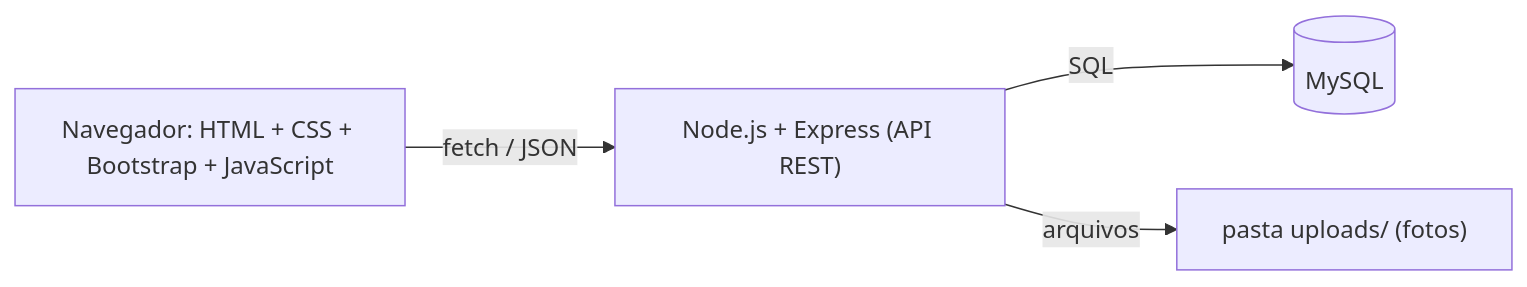
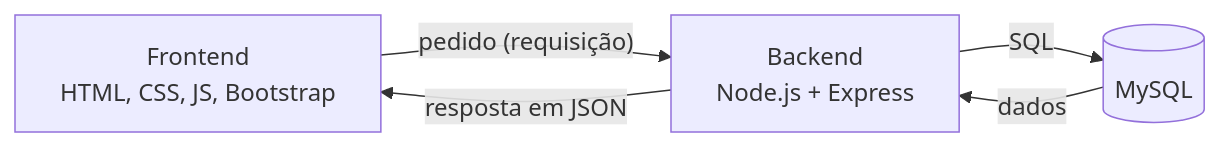
Before and after one commit to CaiqueDokasi/vistoria-informatizada: the second of 2 diagrams in docs/01-conceito.md, drawn with Mermaid. The commit also changed other lines of this file and 36 other files, not shown here.

````diff
--- a/docs/01-conceito.md
+++ b/docs/01-conceito.md
@@ -68,6 +45,7 @@
 ```mermaid
 flowchart LR
-    FE["Navegador: HTML + CSS + Bootstrap + JavaScript"] -->|"fetch / JSON"| BE["Node.js + Express (API REST)"]
-    BE -->|"SQL"| DB[("MySQL")]
-    BE -->|"arquivos"| UP["pasta uploads/ (fotos)"]
+    F["Frontend<br/>HTML, CSS, JS, Bootstrap"] -- "pedido (requisição)" --> B["Backend<br/>Node.js + Express"]
+    B -- "SQL" --> M[("MySQL")]
+    M -- "dados" --> B
+    B -- "resposta em JSON" --> F
 ```
````
